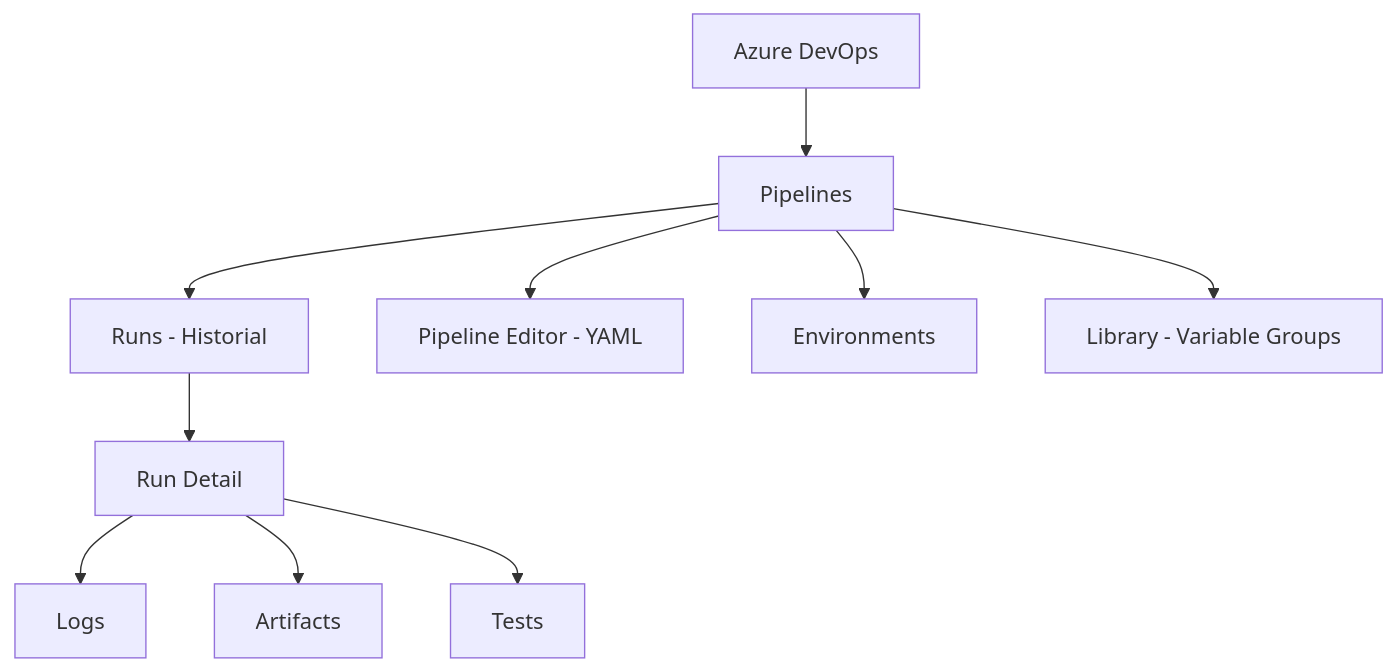
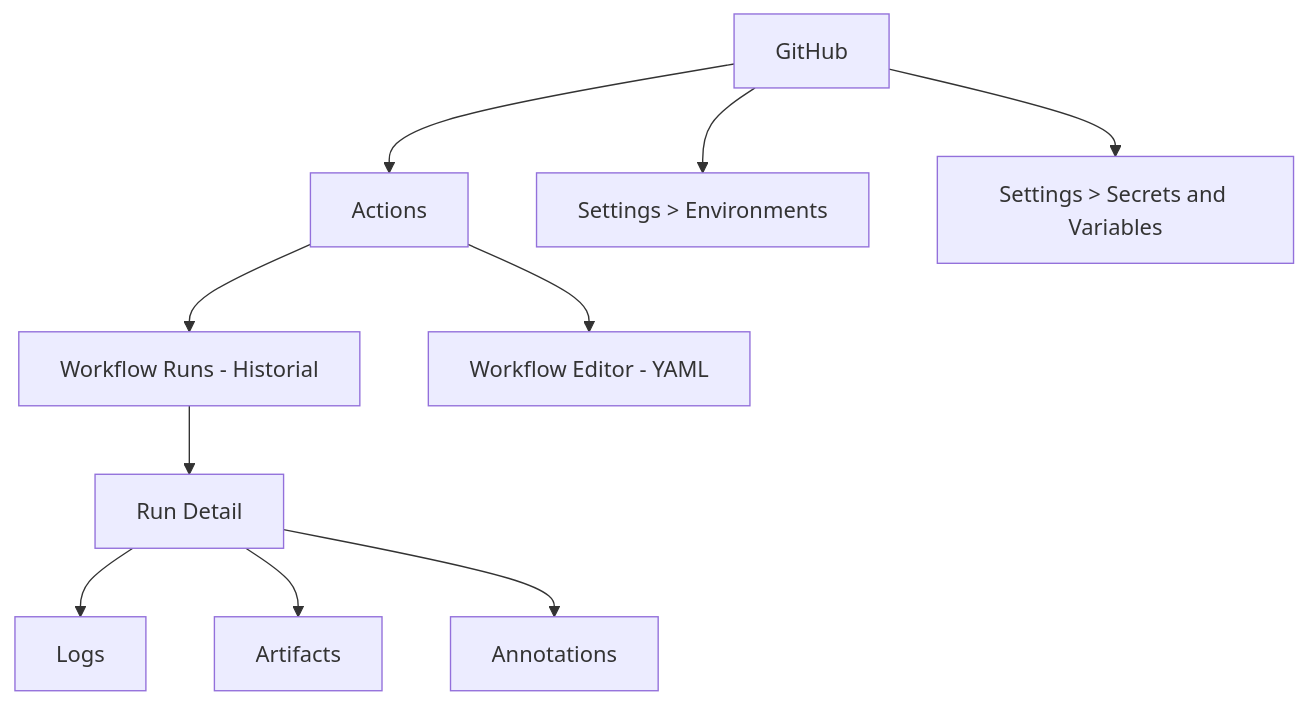
Before and after one commit to jhonsanchez/workshop-devsecops-pipelines: the diagram in docs/lab01-setup/step2.md, drawn with Mermaid. The commit also changed other lines of this file and 52 other files, not shown here.

First line of the commit message:
feat: pivot workshop from Azure DevOps to GitHub Actions

````diff
--- a/docs/lab01-setup/step2.md
+++ b/docs/lab01-setup/step2.md
@@ -139,12 +137,12 @@
 ```mermaid
 graph TD
-    A[Azure DevOps] --> B[Pipelines]
-    B --> C[Runs - Historial]
-    B --> D[Pipeline Editor - YAML]
-    B --> E[Environments]
-    B --> F[Library - Variable Groups]
+    A[GitHub] --> B[Actions]
+    B --> C[Workflow Runs - Historial]
+    B --> D[Workflow Editor - YAML]
+    A --> E[Settings > Environments]
+    A --> F[Settings > Secrets and Variables]
     C --> G[Run Detail]
     G --> H[Logs]
     G --> I[Artifacts]
-    G --> J[Tests]
+    G --> J[Annotations]
 ```
````
